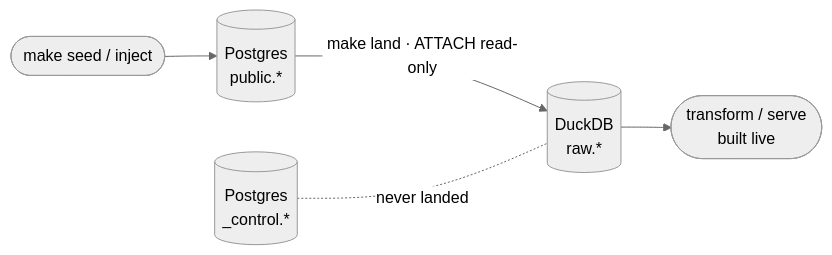
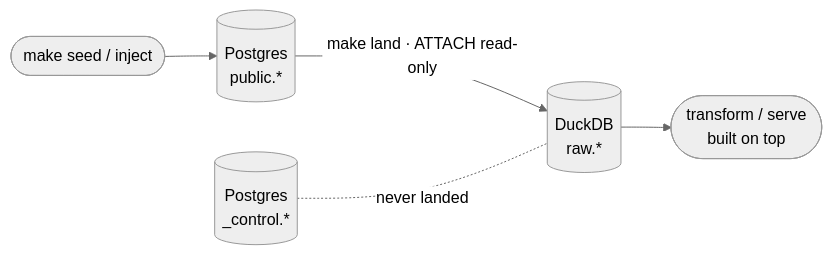
The first of 3 diagrams in readme.md (luanmorenommaciel/uc-postgres-duckdb-dbt-analytics), drawn with Mermaid (neutral theme) before and after one commit. The commit also changed other lines of this file, not shown here.

````diff
--- a/readme.md
+++ b/readme.md
@@ -28,7 +42,7 @@
 ```mermaid
 graph LR
     G([make seed / inject]) --> P[(Postgres<br/>public.*)]
     P -->|make land · ATTACH read-only| W[(DuckDB<br/>raw.*)]
-    W --> D([transform / serve<br/>built live])
+    W --> D([transform / serve<br/>built on top])
     C[(Postgres<br/>_control.*)] -.never landed.- W
 ```
````
